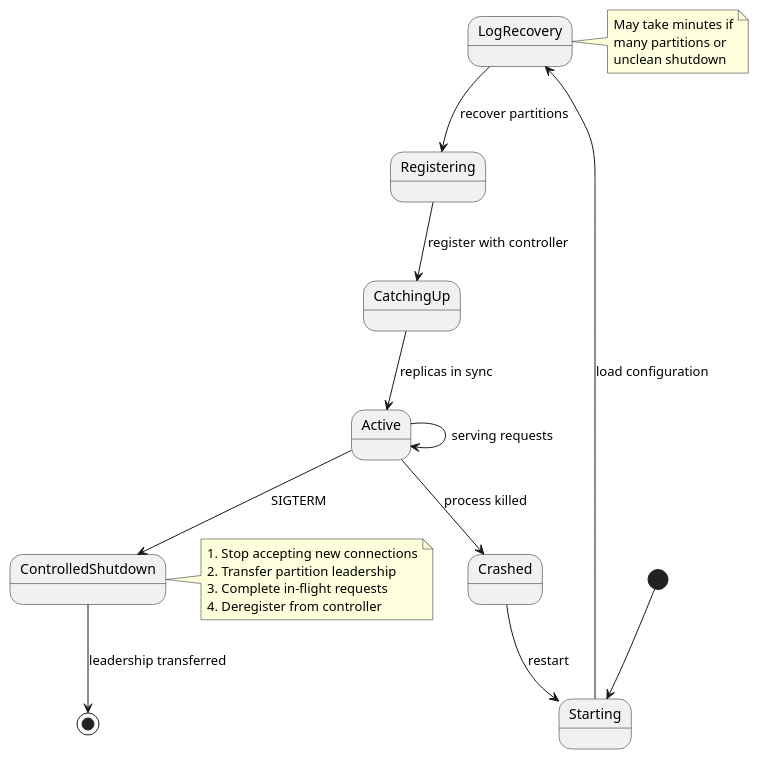
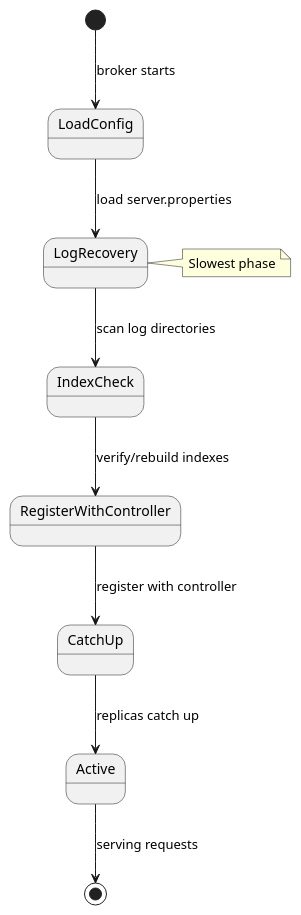
Before and after one commit to axonops/documentation: the eighth of 9 diagrams in docs/data-platforms/kafka/architecture/brokers/index.md, drawn with PlantUML. The commit also changed other lines of this file and 3 other files, not shown here.

````diff
--- a/docs/data-platforms/kafka/architecture/brokers/index.md
+++ b/docs/data-platforms/kafka/architecture/brokers/index.md
@@ -173,34 +373,18 @@
 ```plantuml
 @startuml
 skinparam backgroundColor transparent
 
-[*] --> Starting
+[*] --> LoadConfig : broker starts
 
-Starting --> LogRecovery : load configuration
-LogRecovery --> Registering : recover partitions
-Registering --> CatchingUp : register with controller
-CatchingUp --> Active : replicas in sync
+LoadConfig --> LogRecovery : load server.properties
+LogRecovery --> IndexCheck : scan log directories
+IndexCheck --> RegisterWithController : verify/rebuild indexes
+RegisterWithController --> CatchUp : register with controller
+CatchUp --> Active : replicas catch up
 
-Active --> Active : serving requests
+Active --> [*] : serving requests
 
-Active --> ControlledShutdown : SIGTERM
-ControlledShutdown --> [*] : leadership transferred
-
-Active --> Crashed : process killed
-Crashed --> Starting : restart
-
-note right of LogRecovery
-  May take minutes if
-  many partitions or
-  unclean shutdown
-end note
-
-note right of ControlledShutdown
-  1. Stop accepting new connections
-  2. Transfer partition leadership
-  3. Complete in-flight requests
-  4. Deregister from controller
-end note
+note right of LogRecovery: Slowest phase
 
 @enduml
 ```
````
